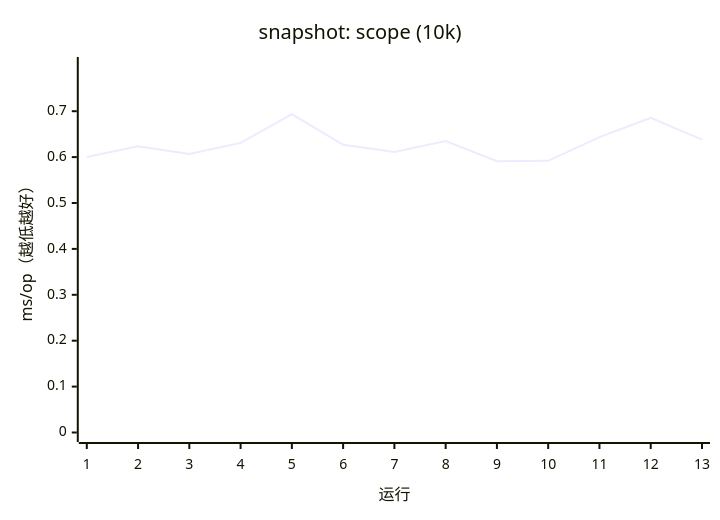
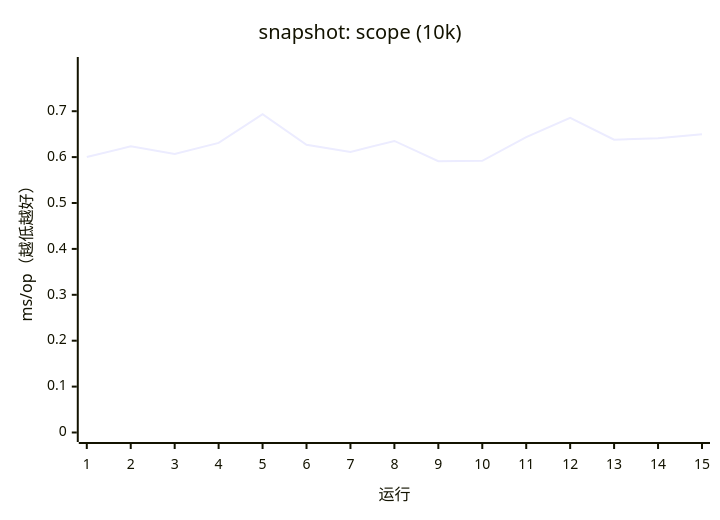
The third of 17 diagrams in apps/docs/src/content/docs/guides/benchmark.mdx (AIluffy/io), drawn with Mermaid before and after one commit. The commit also changed other lines of this file and 7 other files, not shown here.

````diff
--- a/apps/docs/src/content/docs/guides/benchmark.mdx
+++ b/apps/docs/src/content/docs/guides/benchmark.mdx
@@ -207,7 +209,7 @@
 ```mermaid
 xychart-beta
   title "snapshot: scope (10k)"
-  x-axis "运行" [1, 2, 3, 4, 5, 6, 7, 8, 9, 10, 11, 12, 13]
+  x-axis "运行" [1, 2, 3, 4, 5, 6, 7, 8, 9, 10, 11, 12, 13, 14, 15]
   y-axis "ms/op（越低越好）" 0 --> 0.7974
-  line [0.6004, 0.6234, 0.6068, 0.631, 0.6934, 0.627, 0.6114, 0.6352, 0.591, 0.5919, 0.6436, 0.6856, 0.638]
+  line [0.6004, 0.6234, 0.6068, 0.631, 0.6934, 0.627, 0.6114, 0.6352, 0.591, 0.5919, 0.6436, 0.6856, 0.638, 0.6411, 0.6498]
 ```
````
